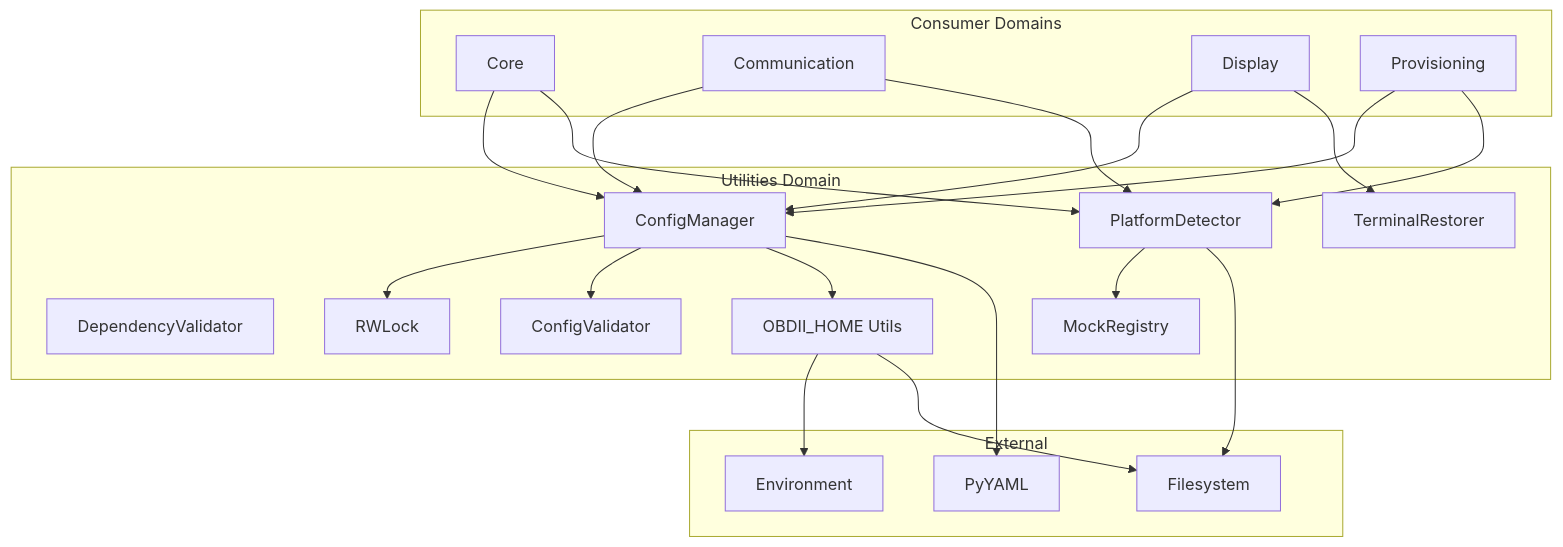
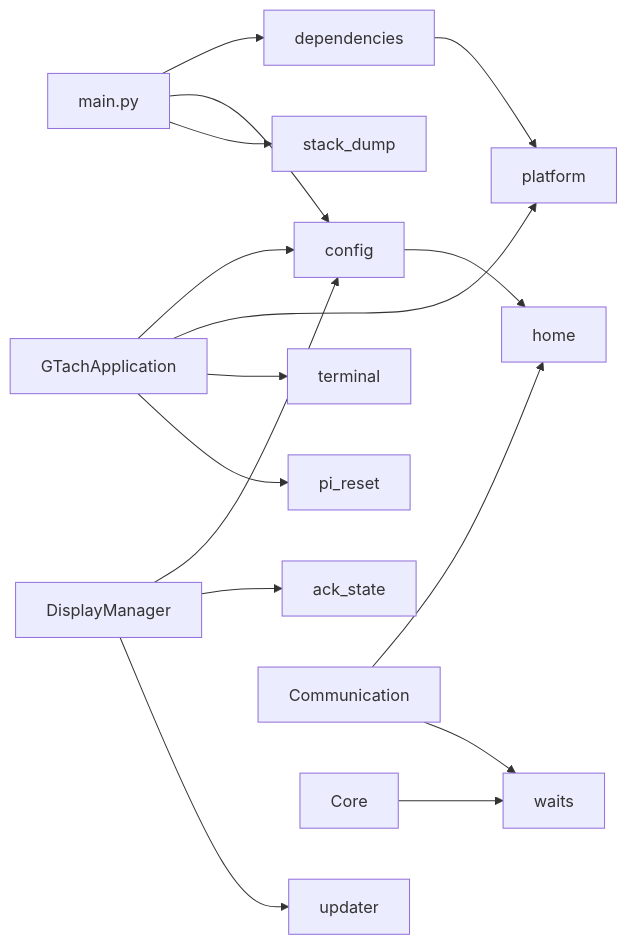
The diagram in ai/workspace/design/design-9a1f3c7e-domain_utils.md (William12556/GTach), drawn with Mermaid before and after one commit. The commit also changed other lines of this file and 6 other files, not shown here.

First line of the commit message:
docs(design): refresh Core and Utilities designs (f8d0064b WP4)

````diff
--- a/ai/workspace/design/design-9a1f3c7e-domain_utils.md
+++ b/ai/workspace/design/design-9a1f3c7e-domain_utils.md
@@ -574,46 +157,18 @@
 ```mermaid
-graph TB
-    subgraph "Utilities Domain"
-        CM[ConfigManager]
-        PD[PlatformDetector]
-        TR[TerminalRestorer]
-        DV[DependencyValidator]
-        HOME[OBDII_HOME Utils]
-        RWL[RWLock]
-        CV[ConfigValidator]
-        MR[MockRegistry]
-    end
-    
-    subgraph "External"
-        YAML[PyYAML]
-        FS[Filesystem]
-        ENV[Environment]
-    end
-    
-    CM --> RWL
-    CM --> CV
-    CM --> HOME
-    CM --> YAML
-    
-    PD --> MR
-    PD --> FS
-    
-    HOME --> ENV
-    HOME --> FS
-    
-    subgraph "Consumer Domains"
-        CORE[Core]
-        COMM[Communication]
-        DISP[Display]
-        PROV[Provisioning]
-    end
-    
-    CORE --> CM
-    CORE --> PD
-    COMM --> CM
-    COMM --> PD
-    DISP --> CM
-    DISP --> TR
-    PROV --> CM
-    PROV --> PD
+flowchart LR
+    MAIN[main.py] --> DEP[dependencies]
+    MAIN --> CFG[config]
+    MAIN --> SD[stack_dump]
+    APP[GTachApplication] --> CFG
+    APP --> PLAT[platform]
+    APP --> TERM[terminal]
+    APP --> RST[pi_reset]
+    DM[DisplayManager] --> CFG
+    DM --> ACK[ack_state]
+    DM --> UPD[updater]
+    COMM[Communication] --> HOME[home]
+    COMM --> W[waits]
+    CORE[Core] --> W
+    CFG --> HOME
+    DEP --> PLAT
 ```
````
